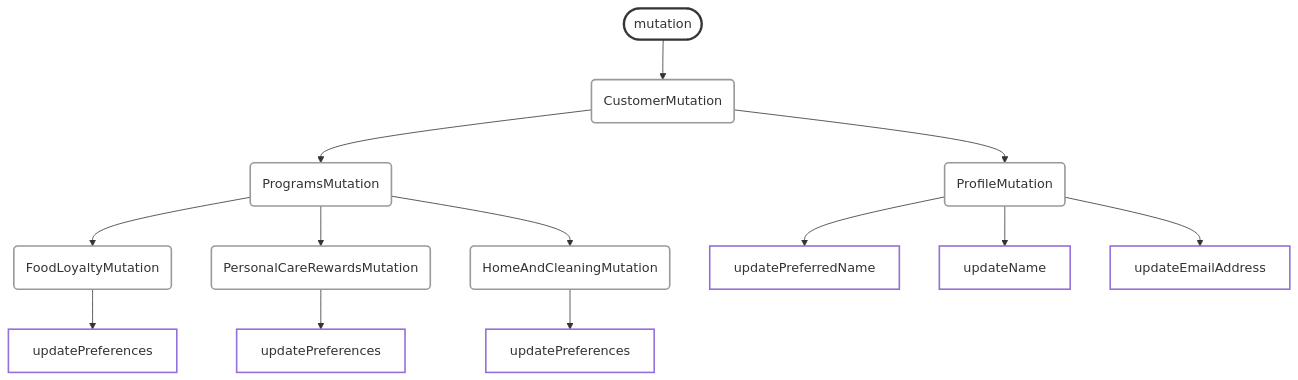
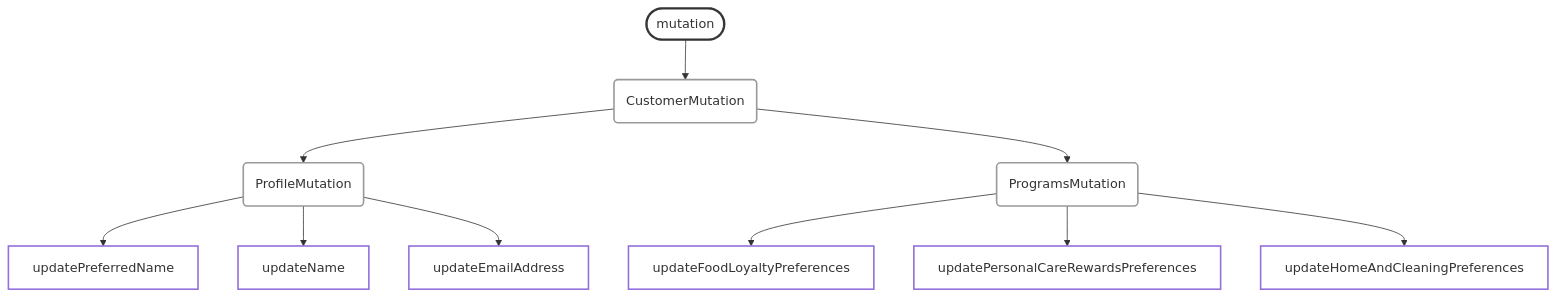
Before and after one commit to bcdxn/bcdxn.github.io: the second of 4 diagrams in _posts/2026-10-07-graphql-mutation-namespacing.md, drawn with Mermaid. The commit also changed other lines of this file, not shown here.

```diff
--- a/_posts/2026-10-07-graphql-mutation-namespacing.md
+++ b/_posts/2026-10-07-graphql-mutation-namespacing.md
@@ -45,32 +45,25 @@
 <pre class="mermaid">
 %%{init: {'themeVariables': { 'edgeLabelBackground': '#fff'}}}%%
 flowchart TD
   classDef default fill:none,stroke-width:2px
   classDef grouping fill:none,stroke:#999,stroke-width:2px
   classDef user fill:none,stroke:#333,stroke-width:3px
 
   mutation([mutation])
   customer(CustomerMutation)
   profile(ProfileMutation)
   programs(ProgramsMutation)
-  foodLoyalty(FoodLoyaltyMutation)
-  personalCareRewards(PersonalCareRewardsMutation)
-  homeAndCleaning(HomeAndCleaningMutation)
 
   mutation --> customer
   customer --> profile
   customer --> programs
-  programs --> foodLoyalty
-  programs --> personalCareRewards
-  programs --> homeAndCleaning
+  programs --> updateFoodLoyaltyPreferences[updateFoodLoyaltyPreferences]
+  programs --> updatePersonalCareRewardsPreferences[updatePersonalCareRewardsPreferences]
+  programs --> updateHomeAndCleaningPreferences[updateHomeAndCleaningPreferences]
 
   profile --> updatePreferredName[updatePreferredName]
   profile --> updateName[updateName]
   profile --> updateEmailAddress[updateEmailAddress]
-  foodLoyalty --> foodLoyaltyUpdatePreferences[updatePreferences]
-  personalCareRewards --> personalCareUpdatePreferences[updatePreferences]
-  homeAndCleaning --> homeAndCleaningUpdatePreferences[updatePreferences]
-
   class mutation user
-  class customer,profile,programs,foodLoyalty,personalCareRewards,homeAndCleaning grouping
+  class customer,profile,programs grouping
 </pre>
```
